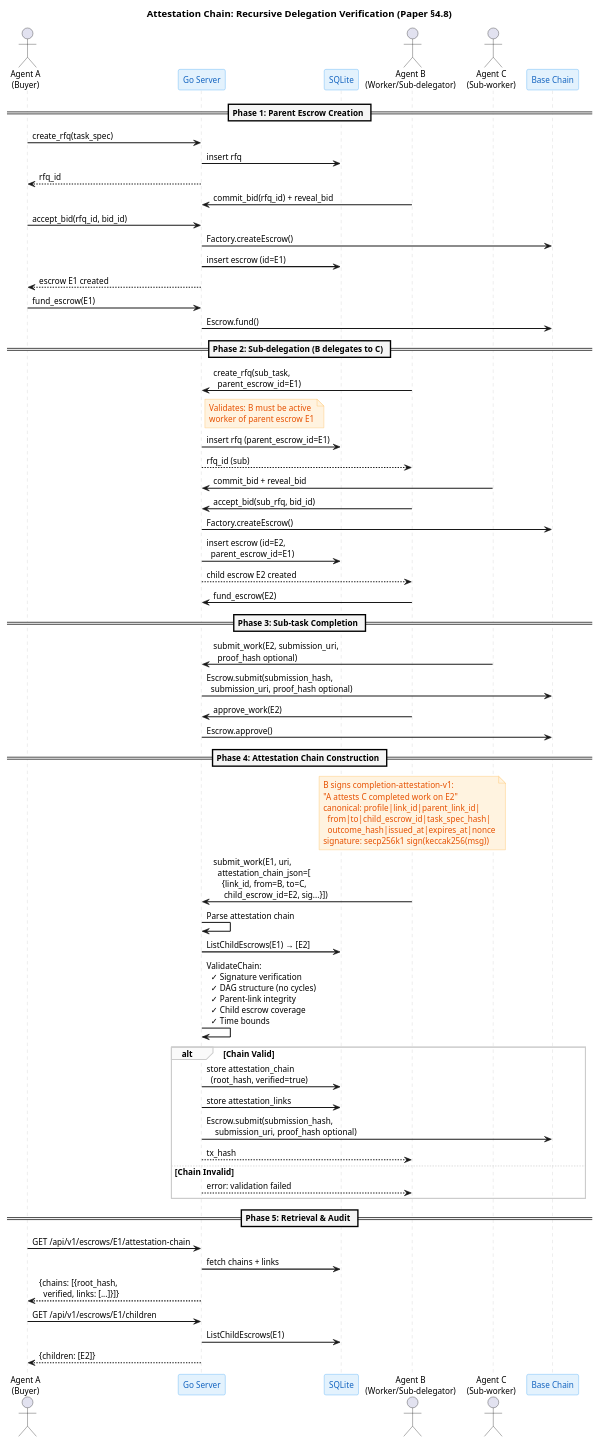
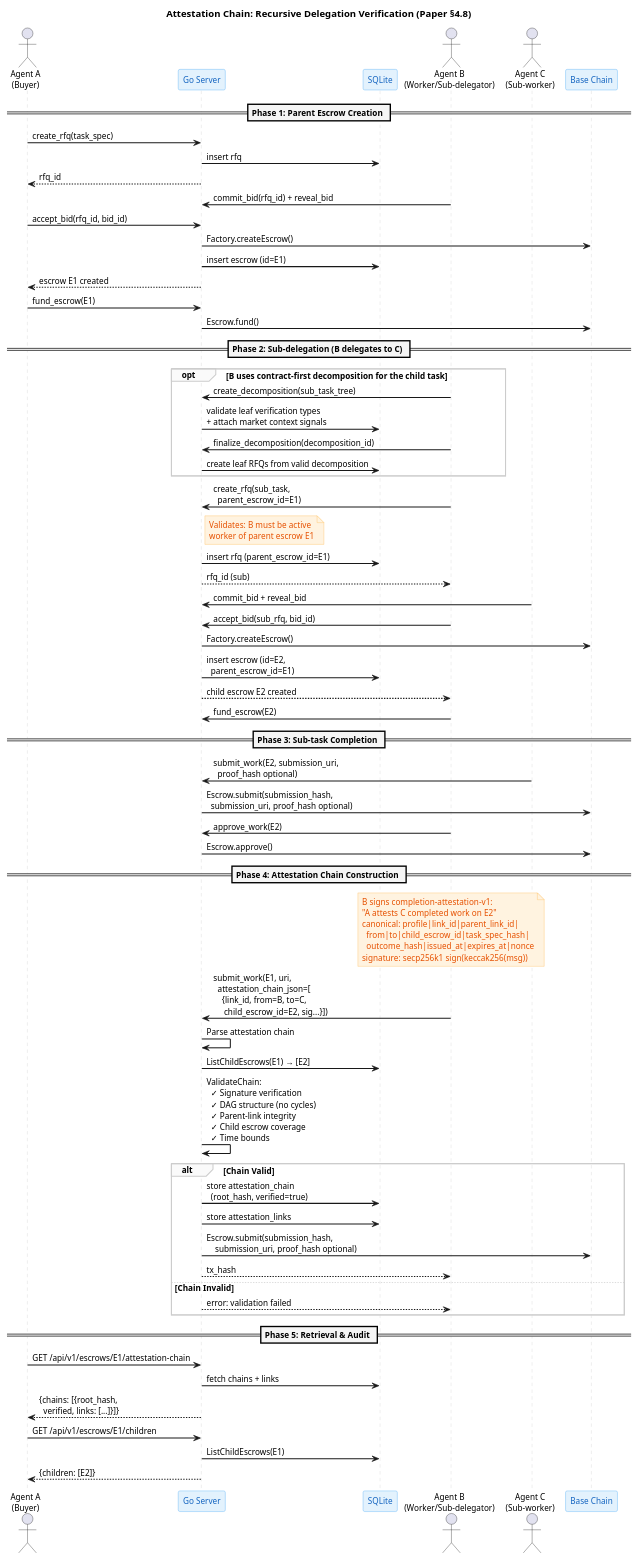
One commit to eddiefleurent/agent-escrow changed the diagram in docs/diagrams/attestation-chain-sequence.puml. Above: the diagram before and after it, drawn with PlantUML. The commit also changed 26 other files, not shown here.

First line of the commit message:
feat: implement contract-first decomposition tooling (V3 item 21)

```diff
--- a/docs/diagrams/attestation-chain-sequence.puml
+++ b/docs/diagrams/attestation-chain-sequence.puml
@@ -1,110 +1,117 @@
 @startuml attestation-chain-sequence
 skinparam backgroundColor #FFFFFF
 skinparam defaultFontName "Helvetica"
 skinparam defaultFontSize 12
 skinparam shadowing false
 skinparam sequenceArrowThickness 1.5
 skinparam sequenceLifeLineBorderColor #CCCCCC
 skinparam sequenceDividerBackgroundColor #F5F5F5
 skinparam sequenceDividerFontStyle bold
 skinparam sequenceGroupBackgroundColor #FAFAFA
 skinparam sequenceGroupBorderColor #CCCCCC
 
 skinparam participant {
   BorderColor #42A5F5
   BackgroundColor #E3F2FD
   FontColor #1565C0
 }
 
 skinparam note {
   BorderColor #FFB74D
   BackgroundColor #FFF3E0
   FontColor #E65100
 }
 
 title Attestation Chain: Recursive Delegation Verification (Paper §4.8)
 
 actor "Agent A\n(Buyer)" as A
 participant "Go Server" as Server
 participant "SQLite" as DB
 actor "Agent B\n(Worker/Sub-delegator)" as B
 actor "Agent C\n(Sub-worker)" as C
 participant "Base Chain" as Chain
 
 == Phase 1: Parent Escrow Creation ==
 
 A -> Server: create_rfq(task_spec)
 Server -> DB: insert rfq
 Server --> A: rfq_id
 
 B -> Server: commit_bid(rfq_id) + reveal_bid
 A -> Server: accept_bid(rfq_id, bid_id)
 Server -> Chain: Factory.createEscrow()
 Server -> DB: insert escrow (id=E1)
 Server --> A: escrow E1 created
 
 A -> Server: fund_escrow(E1)
 Server -> Chain: Escrow.fund()
 
 == Phase 2: Sub-delegation (B delegates to C) ==
+
+opt B uses contract-first decomposition for the child task
+  B -> Server: create_decomposition(sub_task_tree)
+  Server -> DB: validate leaf verification types\n+ attach market context signals
+  B -> Server: finalize_decomposition(decomposition_id)
+  Server -> DB: create leaf RFQs from valid decomposition
+end
 
 B -> Server: create_rfq(sub_task,\n  parent_escrow_id=E1)
 note right of Server
   Validates: B must be active
   worker of parent escrow E1
 end note
 Server -> DB: insert rfq (parent_escrow_id=E1)
 Server --> B: rfq_id (sub)
 
 C -> Server: commit_bid + reveal_bid
 B -> Server: accept_bid(sub_rfq, bid_id)
 Server -> Chain: Factory.createEscrow()
 Server -> DB: insert escrow (id=E2,\n  parent_escrow_id=E1)
 Server --> B: child escrow E2 created
 
 B -> Server: fund_escrow(E2)
 
 == Phase 3: Sub-task Completion ==
 
 C -> Server: submit_work(E2, submission_uri,\n  proof_hash optional)
 Server -> Chain: Escrow.submit(submission_hash,\n  submission_uri, proof_hash optional)
 B -> Server: approve_work(E2)
 Server -> Chain: Escrow.approve()
 
 == Phase 4: Attestation Chain Construction ==
 
 note over B
   B signs completion-attestation-v1:
   "A attests C completed work on E2"
   canonical: profile|link_id|parent_link_id|
     from|to|child_escrow_id|task_spec_hash|
     outcome_hash|issued_at|expires_at|nonce
   signature: secp256k1 sign(keccak256(msg))
 end note
 
 B -> Server: submit_work(E1, uri,\n  attestation_chain_json=[\n    {link_id, from=B, to=C,\n     child_escrow_id=E2, sig...}])
 
 Server -> Server: Parse attestation chain
 Server -> DB: ListChildEscrows(E1) → [E2]
 Server -> Server: ValidateChain:\n  ✓ Signature verification\n  ✓ DAG structure (no cycles)\n  ✓ Parent-link integrity\n  ✓ Child escrow coverage\n  ✓ Time bounds
 
 alt Chain Valid
   Server -> DB: store attestation_chain\n  (root_hash, verified=true)
   Server -> DB: store attestation_links
   Server -> Chain: Escrow.submit(submission_hash,\n    submission_uri, proof_hash optional)
   Server --> B: tx_hash
 else Chain Invalid
   Server --> B: error: validation failed
 end
 
 == Phase 5: Retrieval & Audit ==
 
 A -> Server: GET /api/v1/escrows/E1/attestation-chain
 Server -> DB: fetch chains + links
 Server --> A: {chains: [{root_hash,\n  verified, links: [...]}]}
 
 A -> Server: GET /api/v1/escrows/E1/children
 Server -> DB: ListChildEscrows(E1)
 Server --> A: {children: [E2]}
 
 @enduml
```
